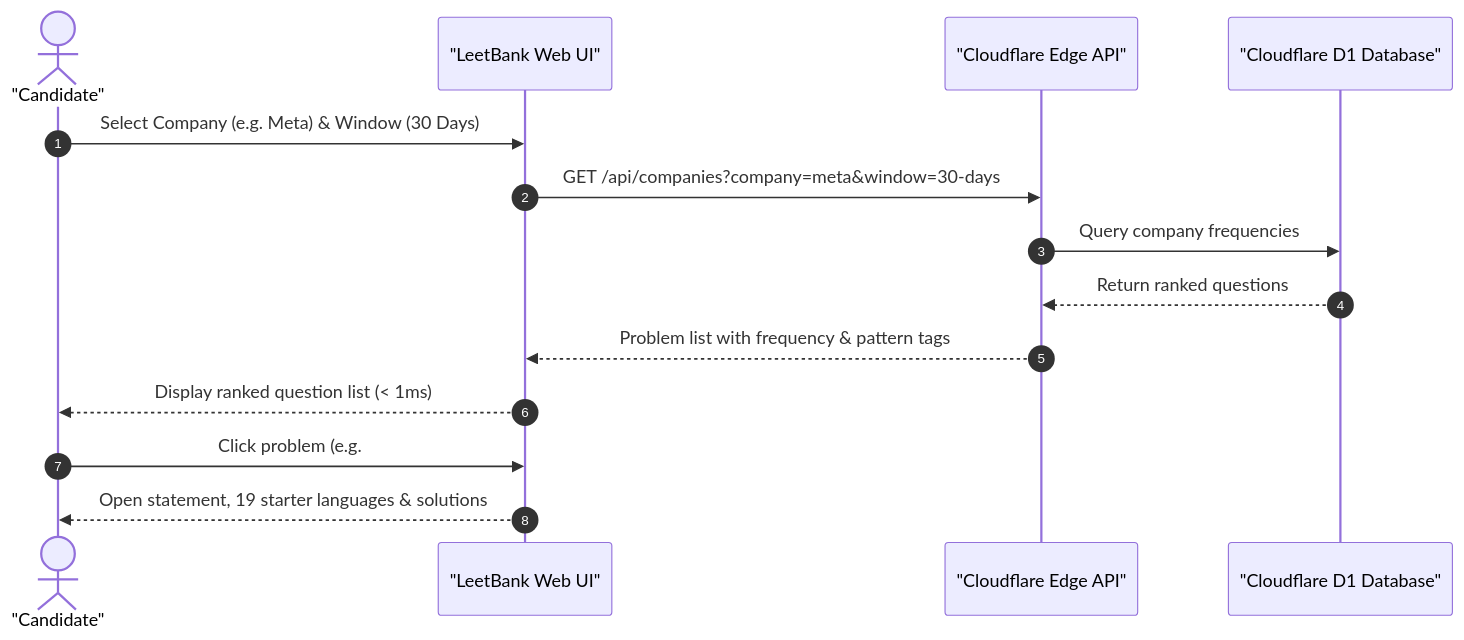
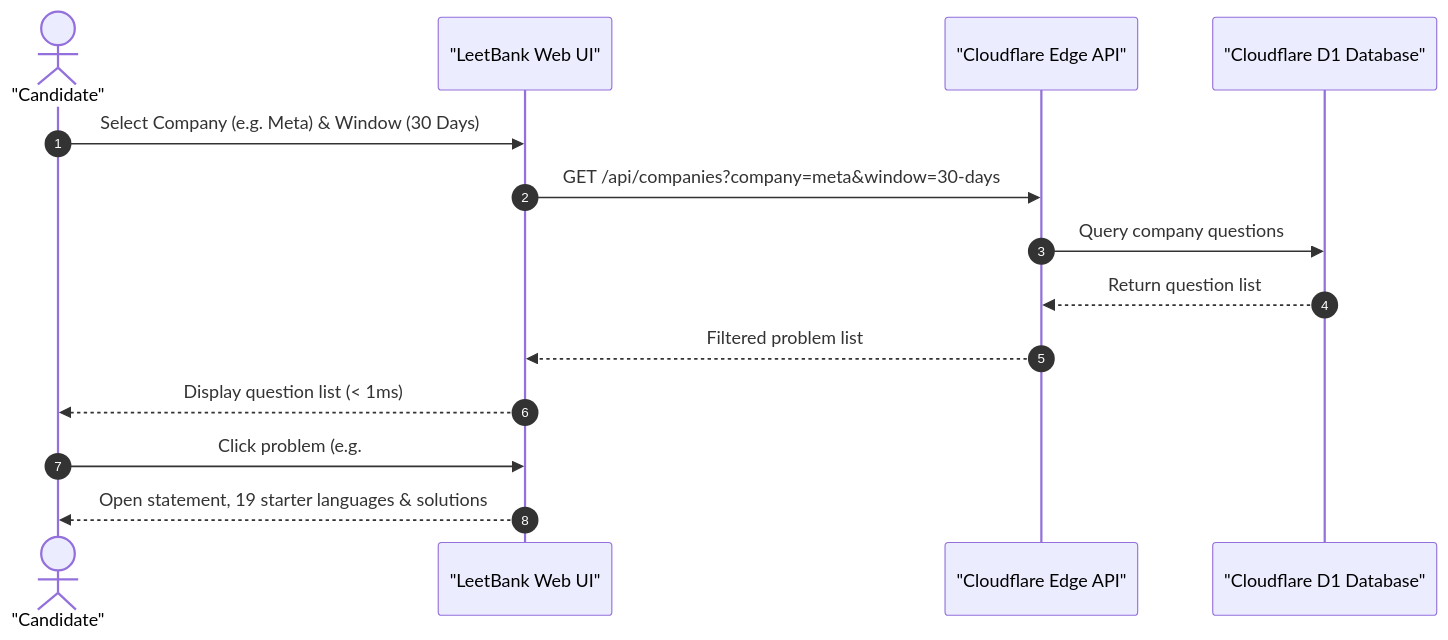
The first of 2 diagrams in README.md (dev-ansung/leetbank), drawn with Mermaid before and after one commit. The commit also changed other lines of this file and 2 other files, not shown here.

Commit message:
chore: remove frequency metrics, pseudo frequency bars, and related filter/sort options across entire project

````diff
--- a/README.md
+++ b/README.md
@@ -34,17 +34,17 @@
 ```mermaid
 sequenceDiagram
     autonumber
     actor Candidate as "Candidate"
     participant UI as "LeetBank Web UI"
     participant Edge as "Cloudflare Edge API"
     participant D1 as "Cloudflare D1 Database"
 
     Candidate->>UI: Select Company (e.g. Meta) & Window (30 Days)
     UI->>Edge: GET /api/companies?company=meta&window=30-days
-    Edge->>D1: Query company frequencies
-    D1-->>Edge: Return ranked questions
-    Edge-->>UI: Problem list with frequency & pattern tags
-    UI-->>Candidate: Display ranked question list (< 1ms)
+    Edge->>D1: Query company questions
+    D1-->>Edge: Return question list
+    Edge-->>UI: Filtered problem list
+    UI-->>Candidate: Display question list (< 1ms)
     Candidate->>UI: Click problem (e.g. #1249)
     UI-->>Candidate: Open statement, 19 starter languages & solutions
 ```
````
